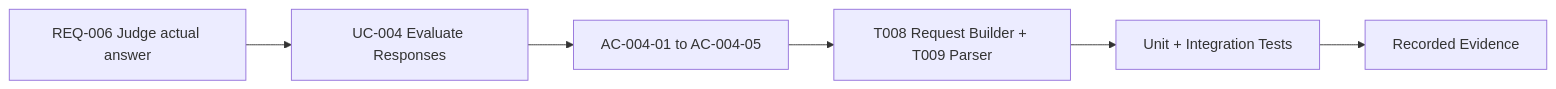
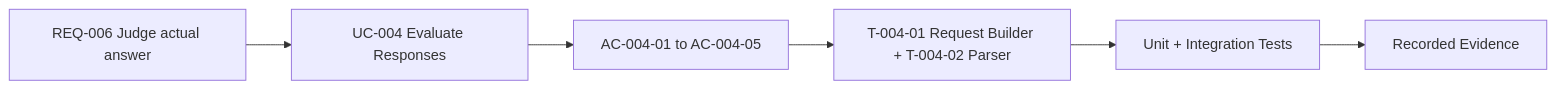
One commit to Thommans-Playground/JudgeLab changed the eighth of 8 diagrams in docs/releases/v0.1/README.md. Above: the diagram before and after it, drawn with Mermaid. The commit also changed other lines of this file and 37 other files, not shown here.

````diff
--- a/docs/releases/v0.1/README.md
+++ b/docs/releases/v0.1/README.md
@@ -300,8 +300,8 @@
 ```mermaid
 flowchart LR
     R[REQ-006 Judge actual answer] --> U[UC-004 Evaluate Responses]
     U --> A[AC-004-01 to AC-004-05]
-    A --> T[T008 Request Builder + T009 Parser]
+    A --> T[T-004-01 Request Builder + T-004-02 Parser]
     T --> V[Unit + Integration Tests]
     V --> E[Recorded Evidence]
 ```
````
